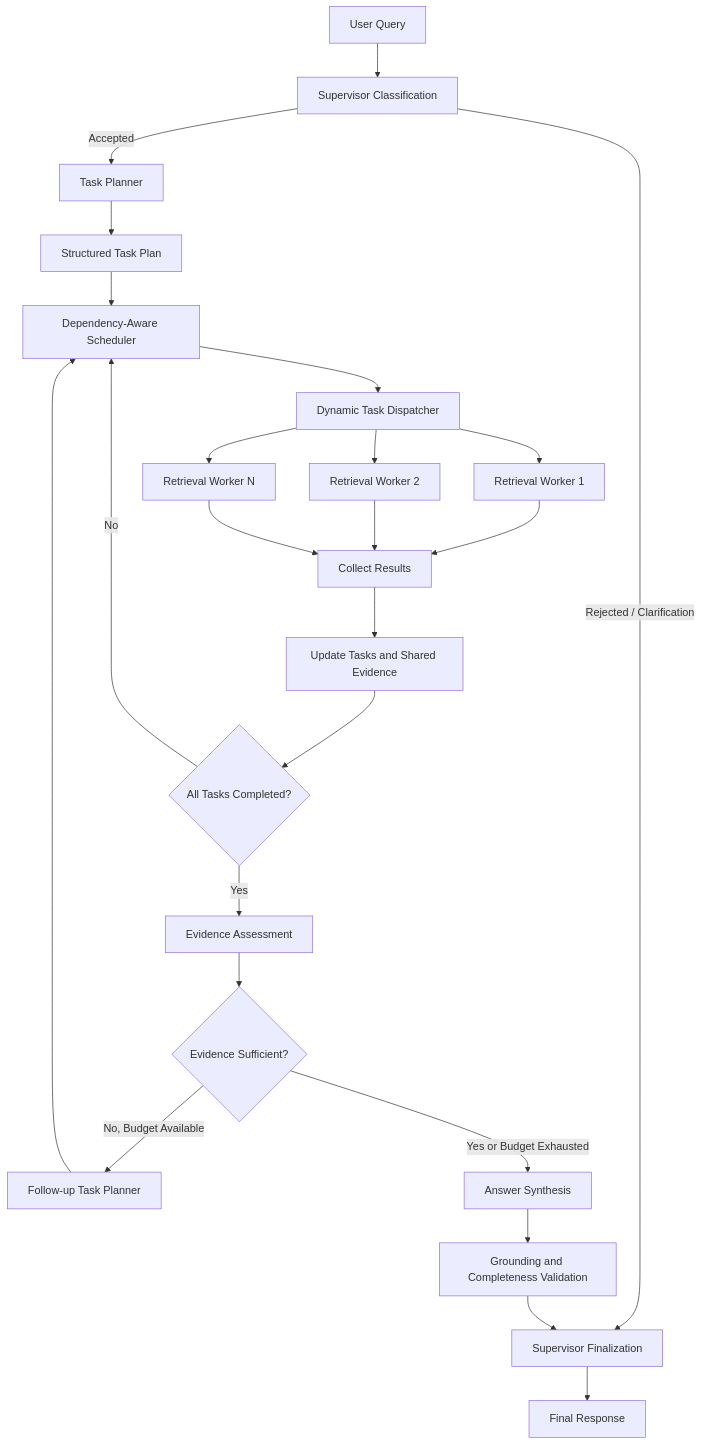
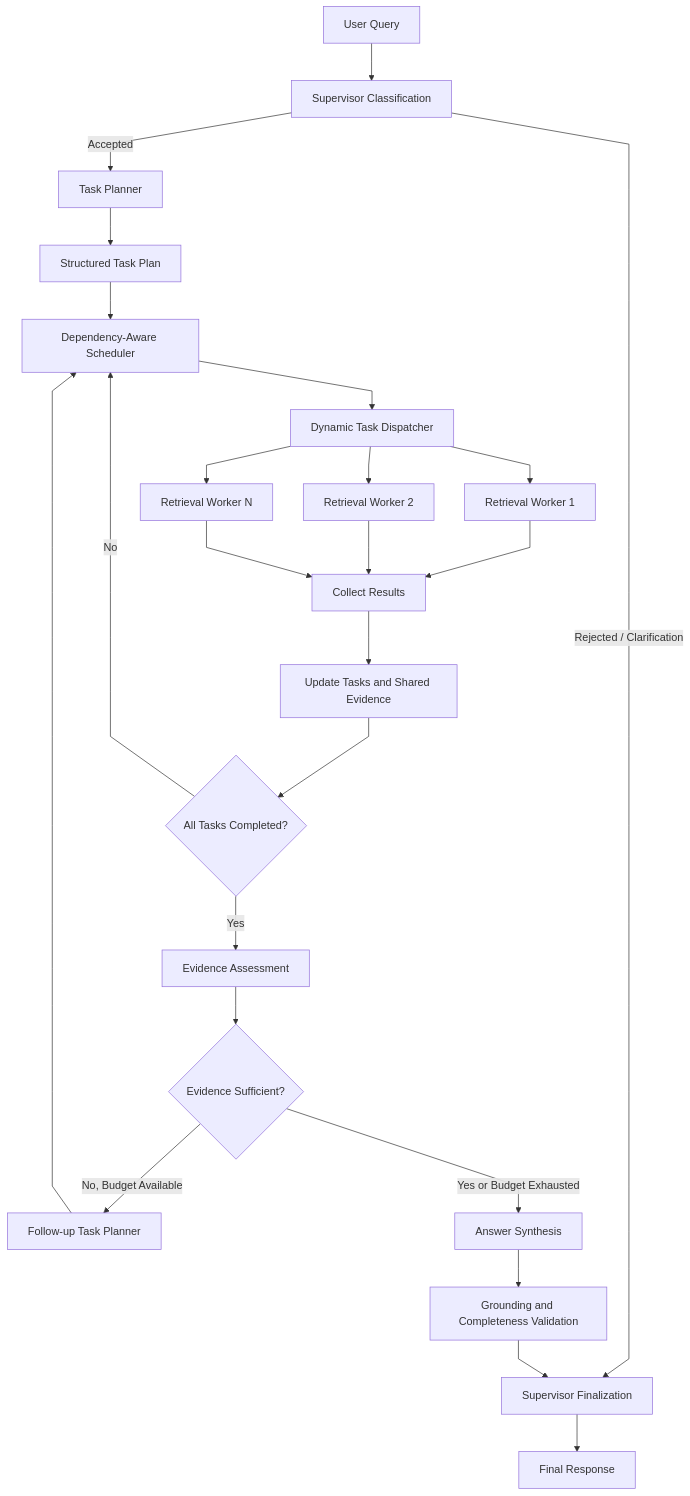
The first of 2 diagrams in README.md (faizanulhassan32/Multihop-Agentic-Rag), drawn with Mermaid before and after one commit. The commit also changed other lines of this file and 1 other file, not shown here.

Commit message:
checked retrieval strategies with analysis and minor change in readme in architecture diagram for multi agents

````diff
--- a/README.md
+++ b/README.md
@@ -140,26 +141,33 @@
 ```mermaid
+%%{init: {"flowchart": {"curve": "linear", "nodeSpacing": 45, "rankSpacing": 55, "htmlLabels": true}}}%%
 flowchart TD
-    A[User Query] --> B[Supervisor Classification]
-    B -->|Rejected / Clarification| Z[Supervisor Finalization]
-    B -->|Accepted| C[Task Planner]
-    C --> D[Structured Task Plan]
-    D --> E[Dependency-Aware Scheduler]
-    E --> F[Dynamic Task Dispatcher]
-    F --> G1[Retrieval Worker 1]
-    F --> G2[Retrieval Worker 2]
-    F --> G3[Retrieval Worker N]
-    G1 --> H[Collect Results]
+    A["User Query"] --> B["Supervisor Classification"]
+    B -->|Rejected / Clarification| Z["Supervisor Finalization"]
+    B -->|Accepted| C["Task Planner"]
+    C --> D["Structured Task Plan"]
+    D --> E["Dependency-Aware Scheduler"]
+    E --> F["Dynamic Task Dispatcher"]
+
+    F --> G1["Retrieval Worker 1"]
+    F --> G2["Retrieval Worker 2"]
+    F --> G3["Retrieval Worker N"]
+
+    G1 --> H["Collect Results"]
     G2 --> H
     G3 --> H
-    H --> I[Update Tasks and Shared Evidence]
-    I --> J{All Tasks Completed?}
+
+    H --> I["Update Tasks and Shared Evidence"]
+    I --> J{"All Tasks Completed?"}
+
     J -->|No| E
-    J -->|Yes| K[Evidence Assessment]
-    K --> L{Evidence Sufficient?}
-    L -->|No, Budget Available| M[Follow-up Task Planner]
+    J -->|Yes| K["Evidence Assessment"]
+
+    K --> L{"Evidence Sufficient?"}
+    L -->|No, Budget Available| M["Follow-up Task Planner"]
     M --> E
-    L -->|Yes or Budget Exhausted| N[Answer Synthesis]
-    N --> O[Grounding and Completeness Validation]
+    L -->|Yes or Budget Exhausted| N["Answer Synthesis"]
+
+    N --> O["Grounding and Completeness Validation"]
     O --> Z
-    Z --> P[Final Response]
+    Z --> P["Final Response"]
 ```
````
